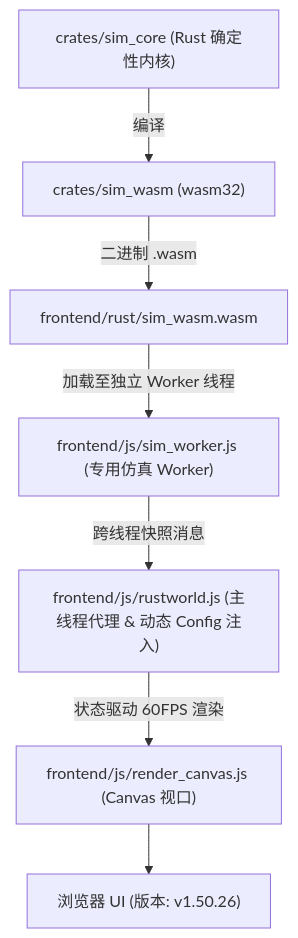
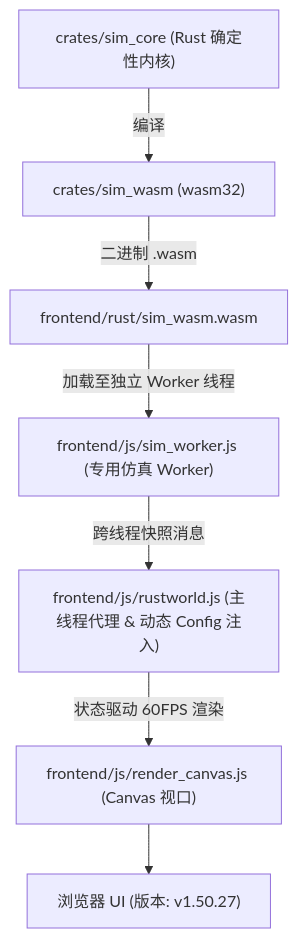
One commit to g39088902/FlowAndAccord changed the diagram in AGENTS.md. Above: the diagram before and after it, drawn with Mermaid. The commit also changed other lines of this file and 15 other files, not shown here.

````diff
--- a/AGENTS.md
+++ b/AGENTS.md
@@ -62,9 +62,9 @@
 ```mermaid
 graph TD
     A["crates/sim_core (Rust 确定性内核)"] -->|编译| B["crates/sim_wasm (wasm32)"]
     B -->|二进制 .wasm| C["frontend/rust/sim_wasm.wasm"]
     C -->|加载至独立 Worker 线程| D["frontend/js/sim_worker.js (专用仿真 Worker)"]
     D -->|跨线程快照消息| E["frontend/js/rustworld.js (主线程代理 & 动态 Config 注入)"]
     E -->|状态驱动 60FPS 渲染| F["frontend/js/render_canvas.js (Canvas 视口)"]
-    F --> G["浏览器 UI (版本: v1.50.26)"]
+    F --> G["浏览器 UI (版本: v1.50.27)"]
 ```
````
